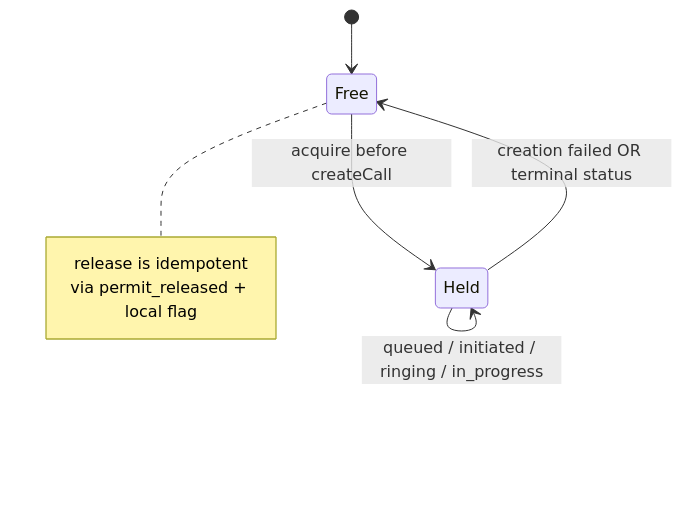
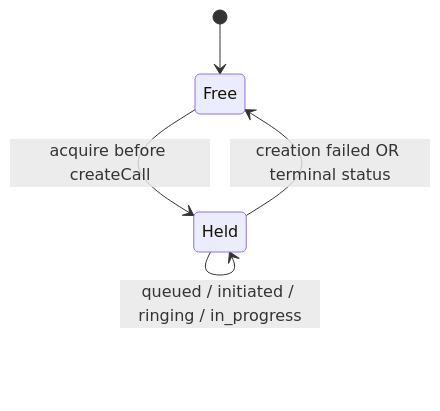
One commit to daniel-citrus/concurrent-outbound-dialer changed the sixth of 9 diagrams in docs/ARCHITECTURE.md. Above: the diagram before and after it, drawn with Mermaid. The commit also changed other lines of this file and 30 other files, not shown here.

````diff
--- a/docs/ARCHITECTURE.md
+++ b/docs/ARCHITECTURE.md
@@ -208,11 +288,7 @@
 ```mermaid
 stateDiagram-v2
   [*] --> Free
   Free --> Held: acquire before createCall
   Held --> Held: queued / initiated / ringing / in_progress
   Held --> Free: creation failed OR terminal status
-  note right of Free
-    release is idempotent
-    via permit_released + local flag
-  end note
 ```
````
